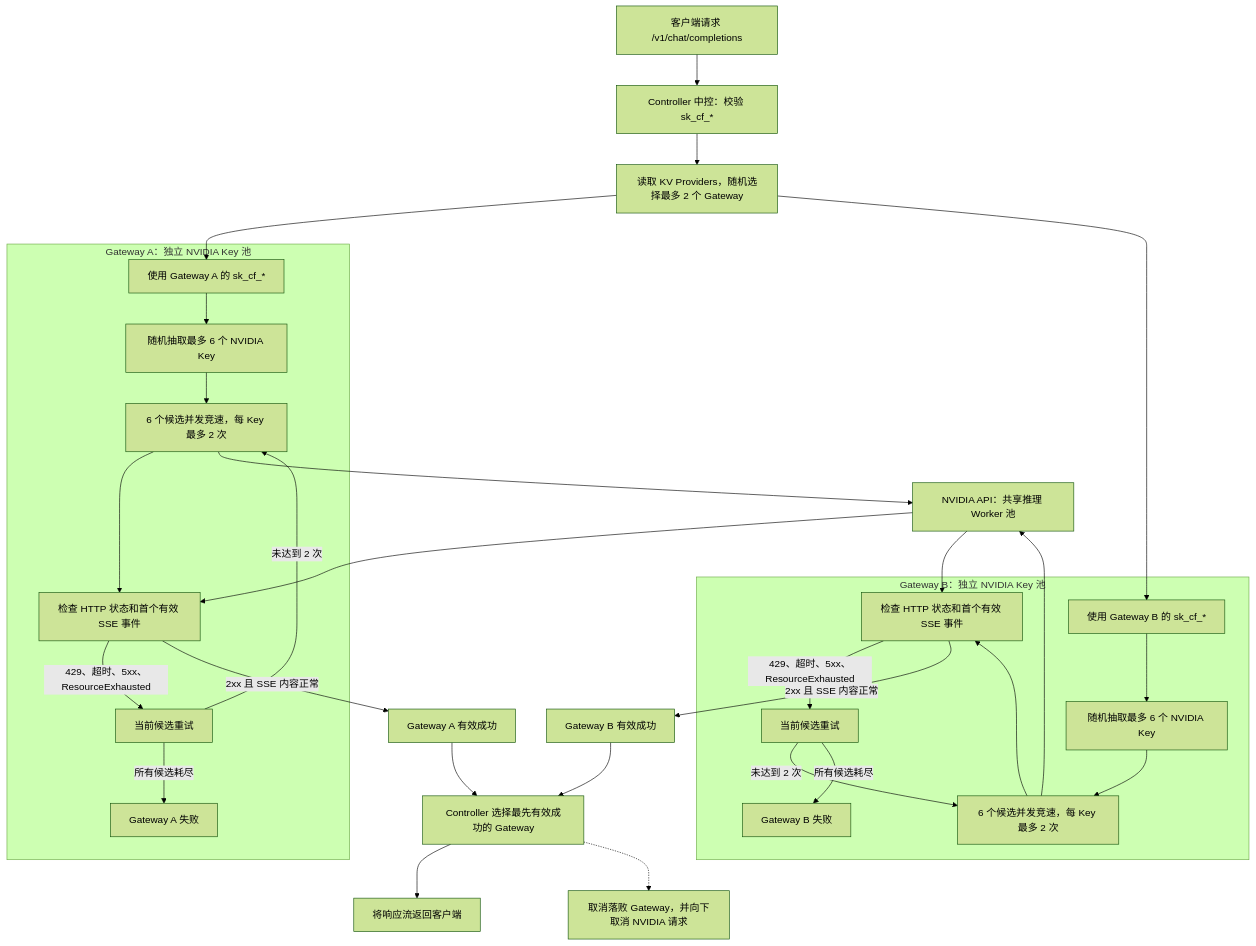
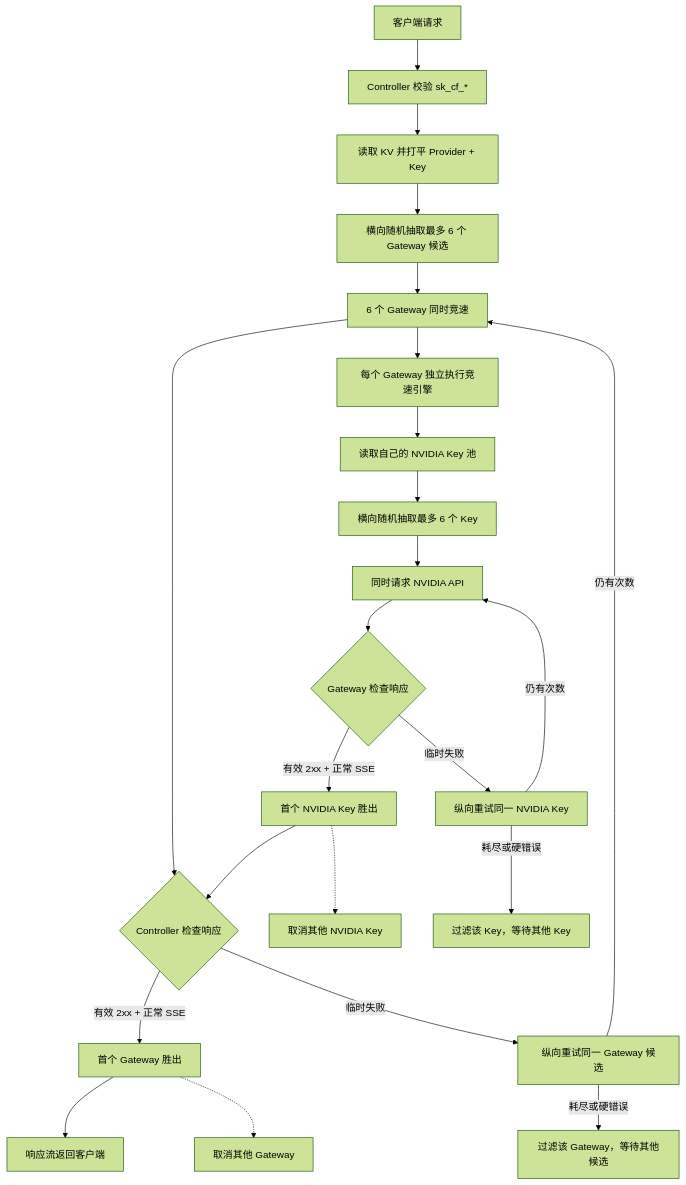
One commit to TyrEamon/ai-gateway-navdia changed the diagram in README.md. Above: the diagram before and after it, drawn with Mermaid (forest theme).

````diff
--- a/README.md
+++ b/README.md
@@ -61,51 +61,30 @@
 ```mermaid
 flowchart TD
-    U["客户端请求 /v1/chat/completions"]
-    C["Controller 中控：校验 sk_cf_*"]
-    CK["读取 KV Providers，随机选择最多 2 个 Gateway"]
+    U["客户端请求"] --> CA["Controller 校验 sk_cf_*"]
+    CA --> CP["读取 KV 并打平 Provider + Key"]
+    CP --> CR["横向随机抽取最多 6 个 Gateway 候选"]
 
-    U --> C --> CK
+    CR --> GW["6 个 Gateway 同时竞速"]
+    GW --> CF{"Controller 检查响应"}
 
-    subgraph PA["Gateway A：独立 NVIDIA Key 池"]
-        GA["使用 Gateway A 的 sk_cf_*"]
-        KA["随机抽取最多 6 个 NVIDIA Key"]
-        RA["6 个候选并发竞速，每 Key 最多 2 次"]
-        VA["检查 HTTP 状态和首个有效 SSE 事件"]
-        FA["Gateway A 失败"]
+    CF -->|"有效 2xx + 正常 SSE"| CW["首个 Gateway 胜出"]
+    CF -->|"临时失败"| CV["纵向重试同一 Gateway 候选"]
+    CV -->|"仍有次数"| GW
+    CV -->|"耗尽或硬错误"| CD["过滤该 Gateway，等待其他候选"]
 
-        GA --> KA --> RA --> VA
-        VA -->|"429、超时、5xx、ResourceExhausted"| RTA["当前候选重试"]
-        RTA -->|"未达到 2 次"| RA
-        RTA -->|"所有候选耗尽"| FA
-    end
+    GW --> GR["每个 Gateway 独立执行竞速引擎"]
+    GR --> KP["读取自己的 NVIDIA Key 池"]
+    KP --> KR["横向随机抽取最多 6 个 Key"]
+    KR --> NV["同时请求 NVIDIA API"]
+    NV --> KF{"Gateway 检查响应"}
 
-    subgraph PB["Gateway B：独立 NVIDIA Key 池"]
-        GB["使用 Gateway B 的 sk_cf_*"]
-        KB["随机抽取最多 6 个 NVIDIA Key"]
-        RB["6 个候选并发竞速，每 Key 最多 2 次"]
-        VB["检查 HTTP 状态和首个有效 SSE 事件"]
-        FB["Gateway B 失败"]
+    KF -->|"有效 2xx + 正常 SSE"| KW["首个 NVIDIA Key 胜出"]
+    KF -->|"临时失败"| KV["纵向重试同一 NVIDIA Key"]
+    KV -->|"仍有次数"| NV
+    KV -->|"耗尽或硬错误"| KD["过滤该 Key，等待其他 Key"]
 
-        GB --> KB --> RB --> VB
-        VB -->|"429、超时、5xx、ResourceExhausted"| RTB["当前候选重试"]
-        RTB -->|"未达到 2 次"| RB
-        RTB -->|"所有候选耗尽"| FB
-    end
-
-    CK --> GA
-    CK --> GB
-
-    RA --> NA["NVIDIA API：共享推理 Worker 池"]
-    RB --> NA
-    NA --> VA
-    NA --> VB
-
-    VA -->|"2xx 且 SSE 内容正常"| WA["Gateway A 有效成功"]
-    VB -->|"2xx 且 SSE 内容正常"| WB["Gateway B 有效成功"]
-
-    WA --> FIRST["Controller 选择最先有效成功的 Gateway"]
-    WB --> FIRST
-
-    FIRST --> STREAM["将响应流返回客户端"]
-    FIRST -.-> ABORT["取消落败 Gateway，并向下取消 NVIDIA 请求"]
+    KW --> CF
+    CW --> OUT["响应流返回客户端"]
+    CW -.-> AB["取消其他 Gateway"]
+    KW -.-> AK["取消其他 NVIDIA Key"]
 ```
````
